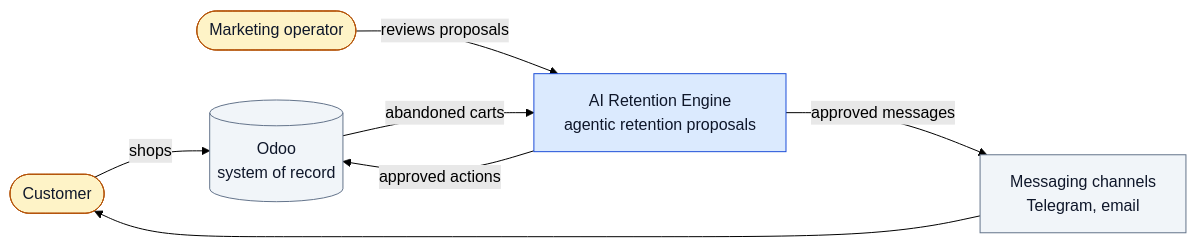
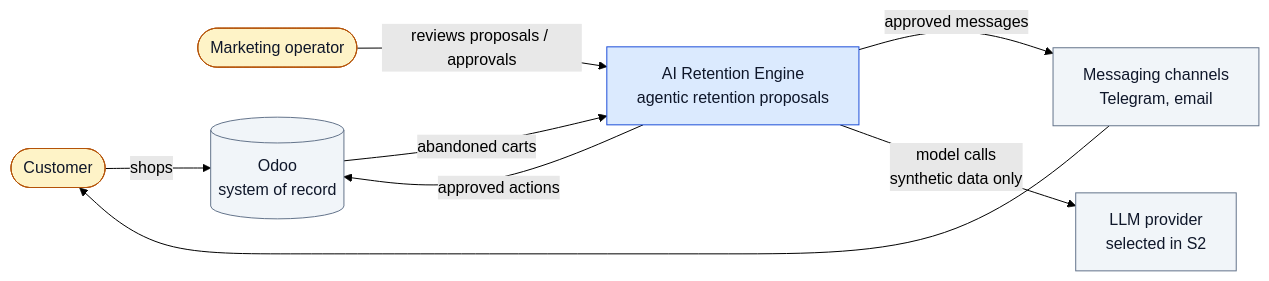
Before and after one commit to aymanaboghonim/odoo-agentic-retention-engine: the first of 3 diagrams in docs/architecture/system-overview.md, drawn with Mermaid (forest theme). The commit also changed other lines of this file and 4 other files, not shown here.

````diff
--- a/docs/architecture/system-overview.md
+++ b/docs/architecture/system-overview.md
@@ -7,22 +7,24 @@
 ```mermaid
 flowchart LR
     customer(["Customer"])
     operator(["Marketing operator"])
     engine["AI Retention Engine<br/>agentic retention proposals"]
     odoo[("Odoo<br/>system of record")]
     channels["Messaging channels<br/>Telegram, email"]
+    llm["LLM provider<br/>selected in S2"]
 
     customer -- "shops" --> odoo
     odoo -- "abandoned carts" --> engine
     engine -- "approved actions" --> odoo
     engine -- "approved messages" --> channels
     channels --> customer
-    operator -- "reviews proposals" --> engine
+    operator -- "reviews proposals / approvals" --> engine
+    engine -- "model calls<br/>synthetic data only" --> llm
 
     classDef engine fill:#dbeafe,stroke:#1d4ed8,color:#0f172a
     classDef external fill:#f1f5f9,stroke:#64748b,color:#0f172a
     classDef person fill:#fef3c7,stroke:#b45309,color:#0f172a
     class engine engine
-    class odoo,channels external
+    class odoo,channels,llm external
     class customer,operator person
 ```
````
